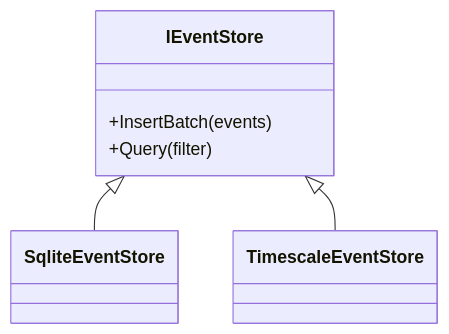
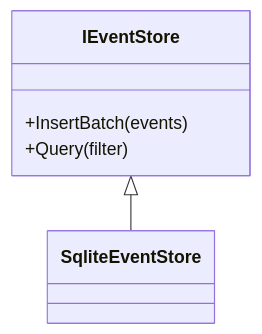
The fourth of 5 diagrams in boat-platform/docs/diagrams/class-diagrams.md (AlexTech-stack/BoAt), drawn with Mermaid before and after one commit. The commit also changed other lines of this file and 1 other file, not shown here.

````diff
--- a/boat-platform/docs/diagrams/class-diagrams.md
+++ b/boat-platform/docs/diagrams/class-diagrams.md
@@ -119,12 +124,10 @@
 ```mermaid
 classDiagram
     class IEventStore {
       +InsertBatch(events)
       +Query(filter)
     }
     class SqliteEventStore
-    class TimescaleEventStore
 
     IEventStore <|-- SqliteEventStore
-    IEventStore <|-- TimescaleEventStore
 ```
````
